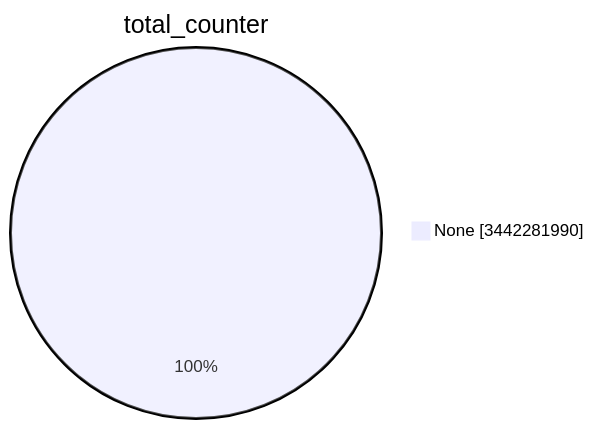
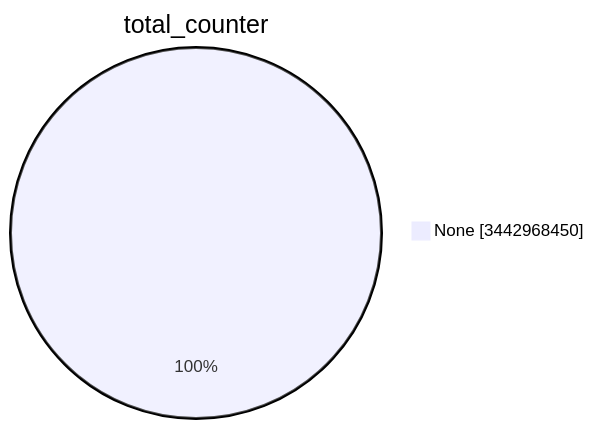
Before and after one commit to christiankrug/ctmonitor_visualization: the first of 15 diagrams in TOTAL/README.md, drawn with Mermaid. The commit also changed other lines of this file, not shown here.

````diff
--- a/TOTAL/README.md
+++ b/TOTAL/README.md
@@ -1,5 +1,5 @@
 ```mermaid
 pie showData
 title total_counter
-"None" :3442281990
+"None" :3442968450
 ```
````
